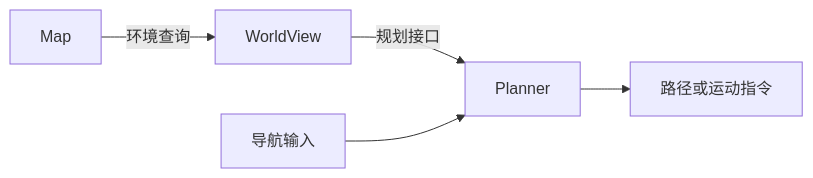
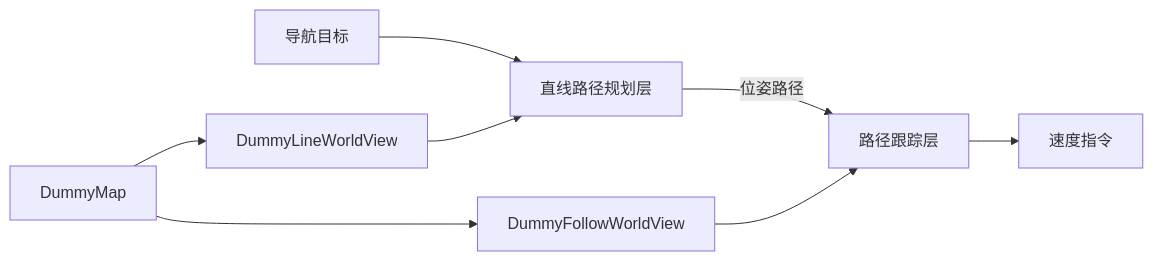
Before and after one commit to FineNav/FineNav-Engine: the diagram in docs/index.zh.md, drawn with Mermaid. The commit also changed other lines of this file and 53 other files, not shown here.

````diff
--- a/docs/index.zh.md
+++ b/docs/index.zh.md
@@ -18,7 +28,10 @@
 ```mermaid
 flowchart LR
-    M[Map] -->|环境查询| W[WorldView]
-    W -->|规划接口| P[Planner]
-    G[导航输入] --> P
-    P --> O[路径或运动指令]
+    G[导航目标] --> L[直线路径规划层]
+    L -->|位姿路径| F[路径跟踪层]
+    F --> V[速度指令]
+    M[DummyMap] --> W1[DummyLineWorldView]
+    M --> W2[DummyFollowWorldView]
+    W1 --> L
+    W2 --> F
 ```
````
